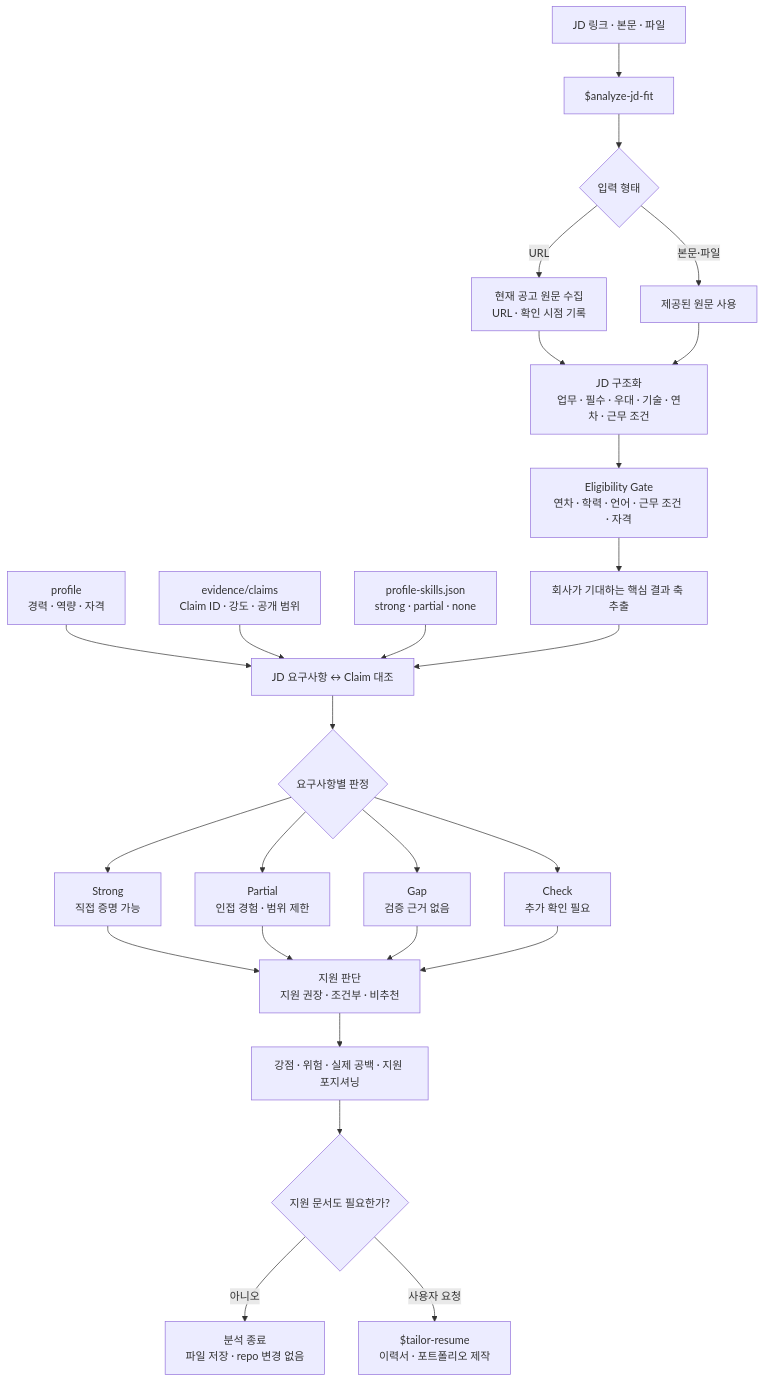
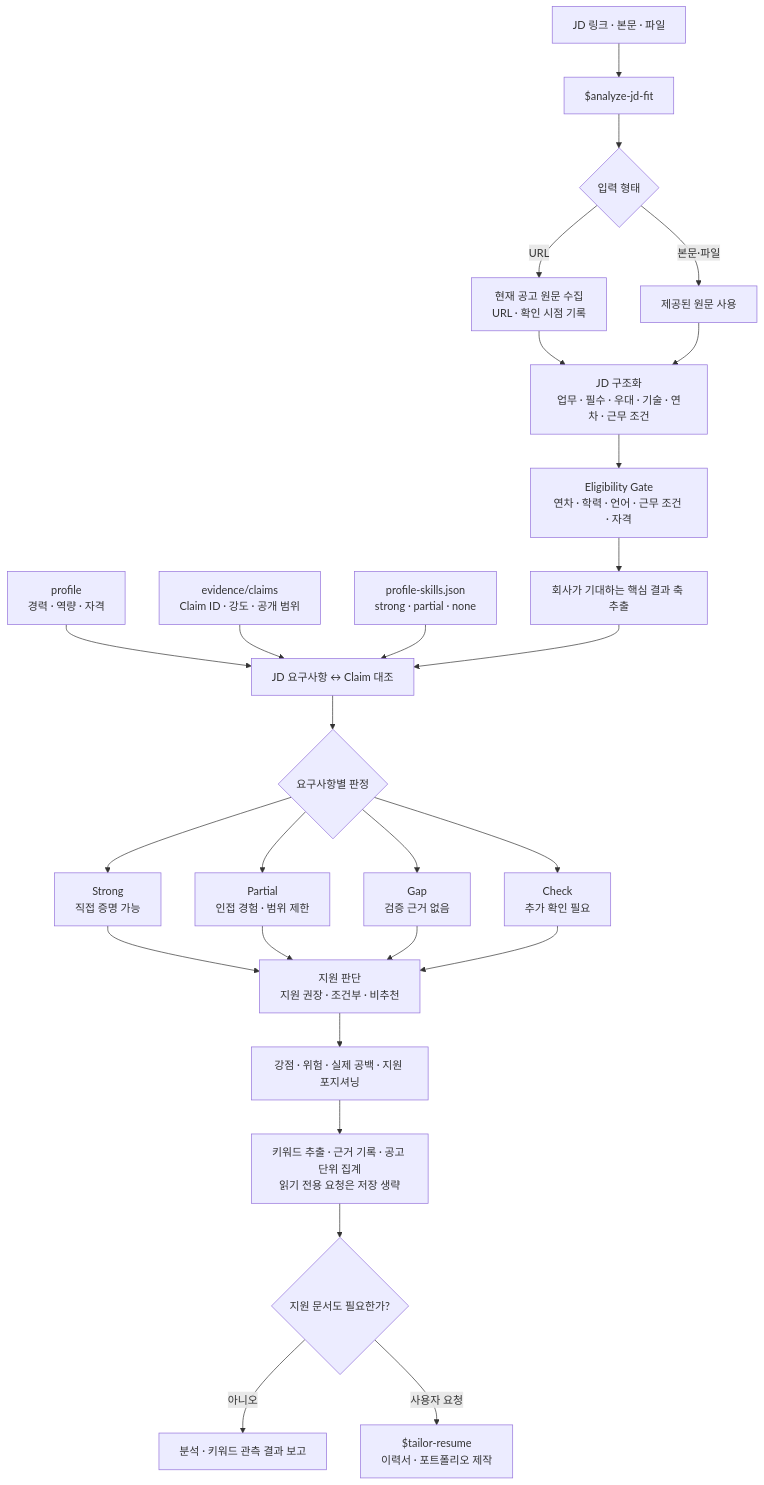
Before and after one commit to Dae-Jeong/Dae-Jeong: the diagram in skills/analyze-jd-fit/references/flow.md, drawn with Mermaid. The commit also changed other lines of this file and 54 other files, not shown here.

````diff
--- a/skills/analyze-jd-fit/references/flow.md
+++ b/skills/analyze-jd-fit/references/flow.md
@@ -58,34 +62,35 @@
 ```mermaid
 flowchart TD
     U["JD 링크 · 본문 · 파일"] --> S["$analyze-jd-fit"]
 
     S --> I{"입력 형태"}
     I -->|URL| URL["현재 공고 원문 수집<br/>URL · 확인 시점 기록"]
     I -->|본문·파일| TEXT["제공된 원문 사용"]
     URL --> JD
     TEXT --> JD
 
     JD["JD 구조화<br/>업무 · 필수 · 우대 · 기술 · 연차 · 근무 조건"] --> GATE["Eligibility Gate<br/>연차 · 학력 · 언어 · 근무 조건 · 자격"]
     GATE --> AXIS["회사가 기대하는 핵심 결과 축 추출"]
 
     PROFILE["profile<br/>경력 · 역량 · 자격"] --> MATCH
     CLAIMS["evidence/claims<br/>Claim ID · 강도 · 공개 범위"] --> MATCH
     SKILLS["profile-skills.json<br/>strong · partial · none"] --> MATCH
     AXIS --> MATCH["JD 요구사항 ↔ Claim 대조"]
 
     MATCH --> CLASSIFY{"요구사항별 판정"}
     CLASSIFY --> STRONG["Strong<br/>직접 증명 가능"]
     CLASSIFY --> PARTIAL["Partial<br/>인접 경험 · 범위 제한"]
     CLASSIFY --> GAP["Gap<br/>검증 근거 없음"]
     CLASSIFY --> CHECK["Check<br/>추가 확인 필요"]
 
     STRONG --> DECISION
     PARTIAL --> DECISION
     GAP --> DECISION
     CHECK --> DECISION
     DECISION["지원 판단<br/>지원 권장 · 조건부 · 비추천"] --> RESULT["강점 · 위험 · 실제 공백 · 지원 포지셔닝"]
 
-    RESULT --> NEXT{"지원 문서도 필요한가?"}
-    NEXT -->|아니오| END["분석 종료<br/>파일 저장 · repo 변경 없음"]
+    RESULT --> KEYWORDS["키워드 추출 · 근거 기록 · 공고 단위 집계<br/>읽기 전용 요청은 저장 생략"]
+    KEYWORDS --> NEXT{"지원 문서도 필요한가?"}
+    NEXT -->|아니오| END["분석 · 키워드 관측 결과 보고"]
     NEXT -->|사용자 요청| TAILOR["$tailor-resume<br/>이력서 · 포트폴리오 제작"]
 ```
````
